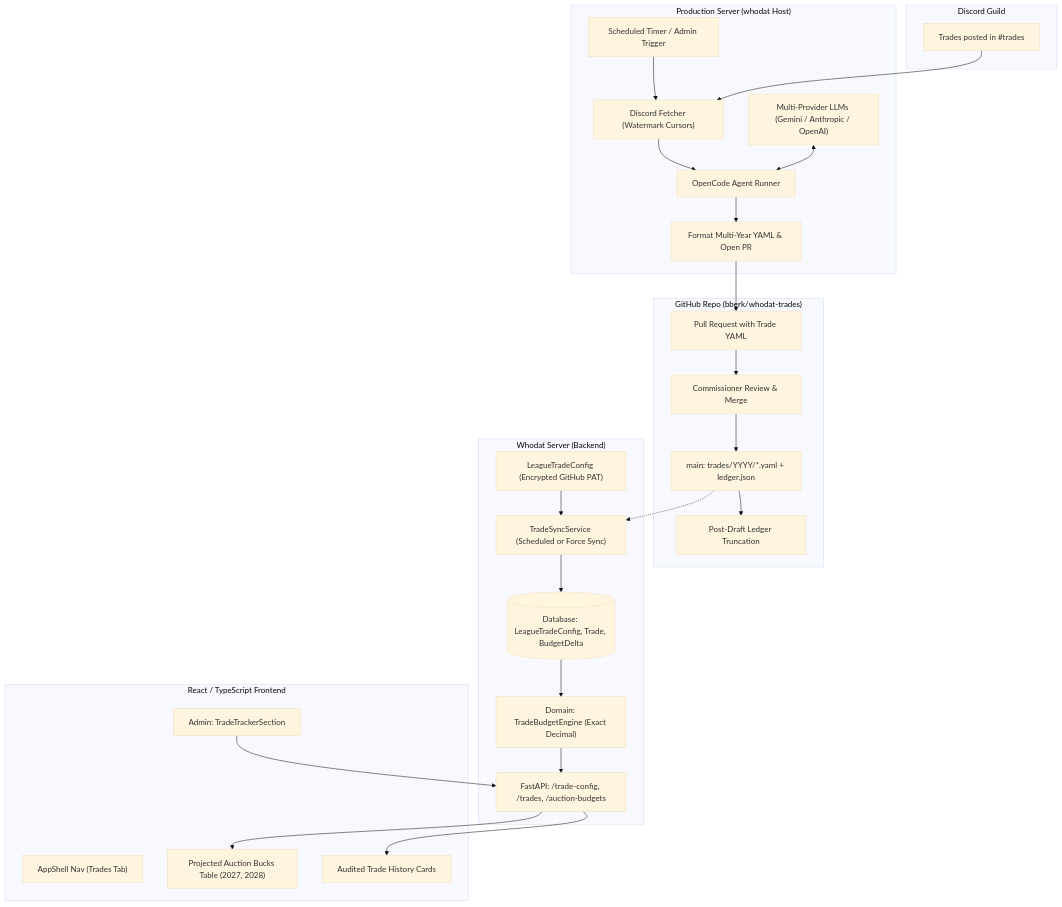
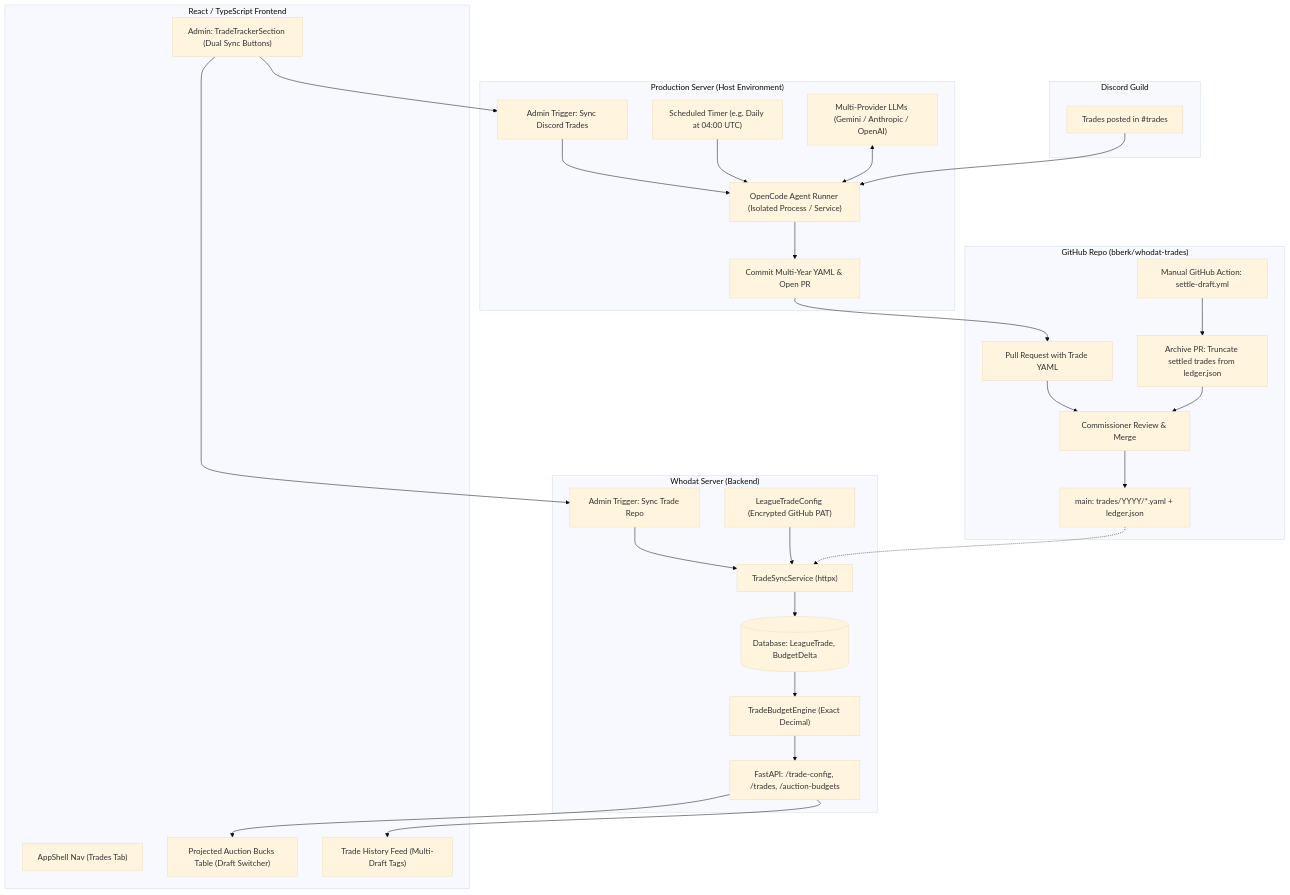
Before and after one commit to bberk/whodat-server: the first of 2 diagrams in docs/TRADE_TRACKER_PLAN.md, drawn with Mermaid (base theme). The commit also changed other lines of this file, not shown here.

First line of the commit message:
Incorporate manual post-draft Action and dual sync controls

````diff
--- a/docs/TRADE_TRACKER_PLAN.md
+++ b/docs/TRADE_TRACKER_PLAN.md
@@ -22,55 +25,60 @@
 ```mermaid
 flowchart TD
     subgraph Discord["Discord Guild"]
         MSG["Trades posted in #trades"]
     end
 
-    subgraph Prod_Server["Production Server (whodat Host)"]
-        CRON["Scheduled Timer / Admin Trigger"]
-        FETCH["Discord Fetcher (Watermark Cursors)"]
-        OPENCODE["OpenCode Agent Runner"]
+    subgraph Prod_Server["Production Server (Host Environment)"]
+        DISCORD_SYNC["Admin Trigger: Sync Discord Trades"]
+        TIMER["Scheduled Timer (e.g. Daily at 04:00 UTC)"]
+        OPENCODE["OpenCode Agent Runner (Isolated Process / Service)"]
         PROVIDERS["Multi-Provider LLMs (Gemini / Anthropic / OpenAI)"]
-        PR_BUILD["Format Multi-Year YAML & Open PR"]
+        PR_BUILD["Commit Multi-Year YAML & Open PR"]
 
-        CRON --> FETCH --> OPENCODE
+        DISCORD_SYNC --> OPENCODE
+        TIMER --> OPENCODE
         PROVIDERS <--> OPENCODE
         OPENCODE --> PR_BUILD
     end
 
     subgraph Trade_Repo["GitHub Repo (bberk/whodat-trades)"]
         PR["Pull Request with Trade YAML"]
         REVIEW["Commissioner Review & Merge"]
         MAIN["main: trades/YYYY/*.yaml + ledger.json"]
-        ARCHIVE["Post-Draft Ledger Truncation"]
+        DISPATCH_WORKFLOW["Manual GitHub Action: settle-draft.yml"]
+        ARCHIVE_PR["Archive PR: Truncate settled trades from ledger.json"]
 
         PR --> REVIEW --> MAIN
-        MAIN --> ARCHIVE
+        DISPATCH_WORKFLOW --> ARCHIVE_PR --> REVIEW
     end
 
     subgraph Whodat_Server["Whodat Server (Backend)"]
+        REPO_SYNC["Admin Trigger: Sync Trade Repo"]
         CONFIG["LeagueTradeConfig (Encrypted GitHub PAT)"]
-        SYNC["TradeSyncService (Scheduled or Force Sync)"]
-        DB[("Database: LeagueTradeConfig, Trade, BudgetDelta")]
-        ENGINE["Domain: TradeBudgetEngine (Exact Decimal)"]
+        SYNC_SVC["TradeSyncService (httpx)"]
+        DB[("Database: LeagueTrade, BudgetDelta")]
+        ENGINE["TradeBudgetEngine (Exact Decimal)"]
         API["FastAPI: /trade-config, /trades, /auction-budgets"]
 
-        CONFIG --> SYNC
-        SYNC --> DB
+        REPO_SYNC --> SYNC_SVC
+        CONFIG --> SYNC_SVC
+        SYNC_SVC --> DB
         DB --> ENGINE --> API
     end
 
     subgraph Frontend["React / TypeScript Frontend"]
         NAV["AppShell Nav (Trades Tab)"]
-        ADMIN_UI["Admin: TradeTrackerSection"]
-        AUCTION_TABLE["Projected Auction Bucks Table (2027, 2028)"]
-        TRADE_FEED["Audited Trade History Cards"]
+        ADMIN_UI["Admin: TradeTrackerSection (Dual Sync Buttons)"]
+        AUCTION_TABLE["Projected Auction Bucks Table (Draft Switcher)"]
+        TRADE_FEED["Trade History Feed (Multi-Draft Tags)"]
 
         API --> AUCTION_TABLE
         API --> TRADE_FEED
-        ADMIN_UI --> API
+        ADMIN_UI --> DISCORD_SYNC
+        ADMIN_UI --> REPO_SYNC
     end
 
-    MSG --> FETCH
+    MSG --> OPENCODE
     PR_BUILD --> PR
-    MAIN -.-> SYNC
+    MAIN -.-> SYNC_SVC
 ```
````
